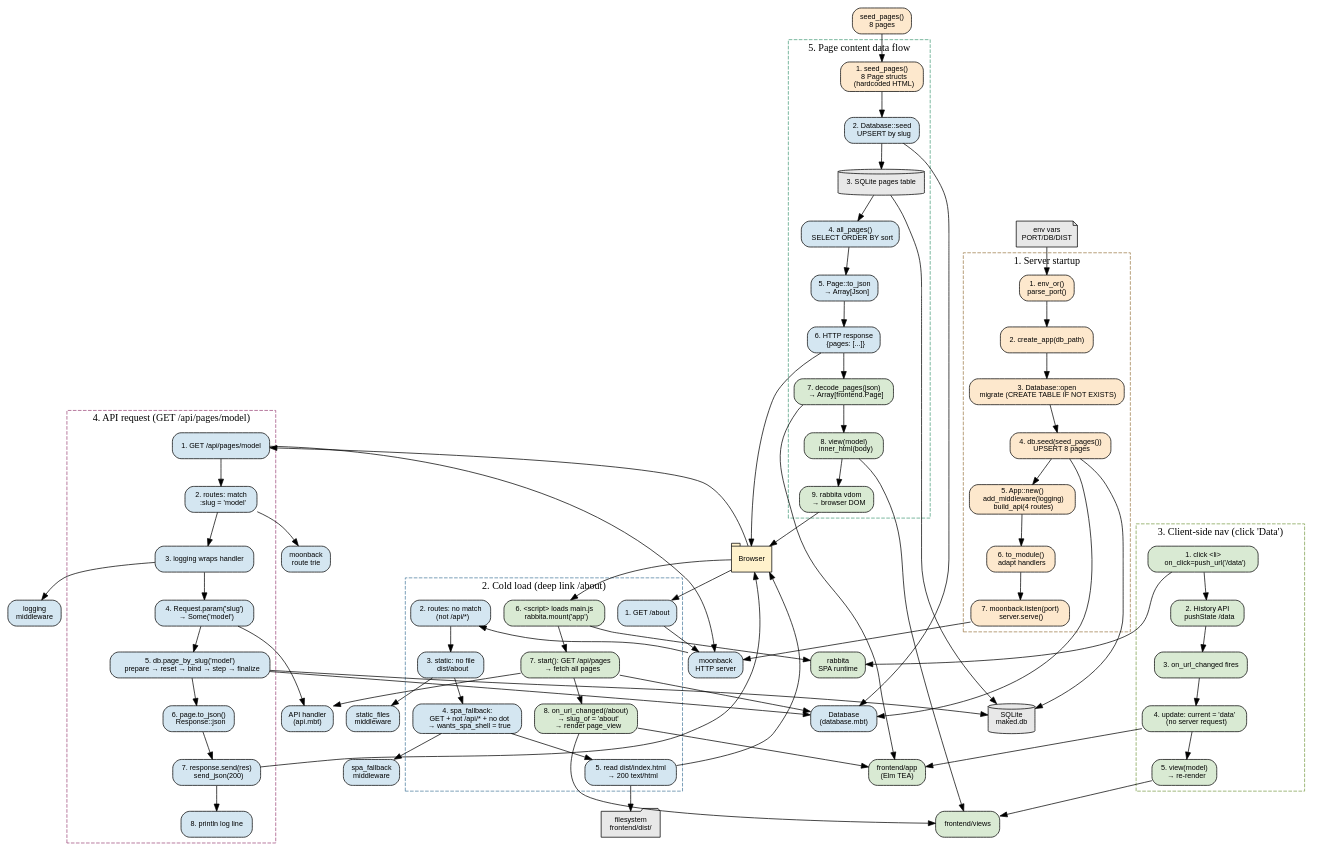
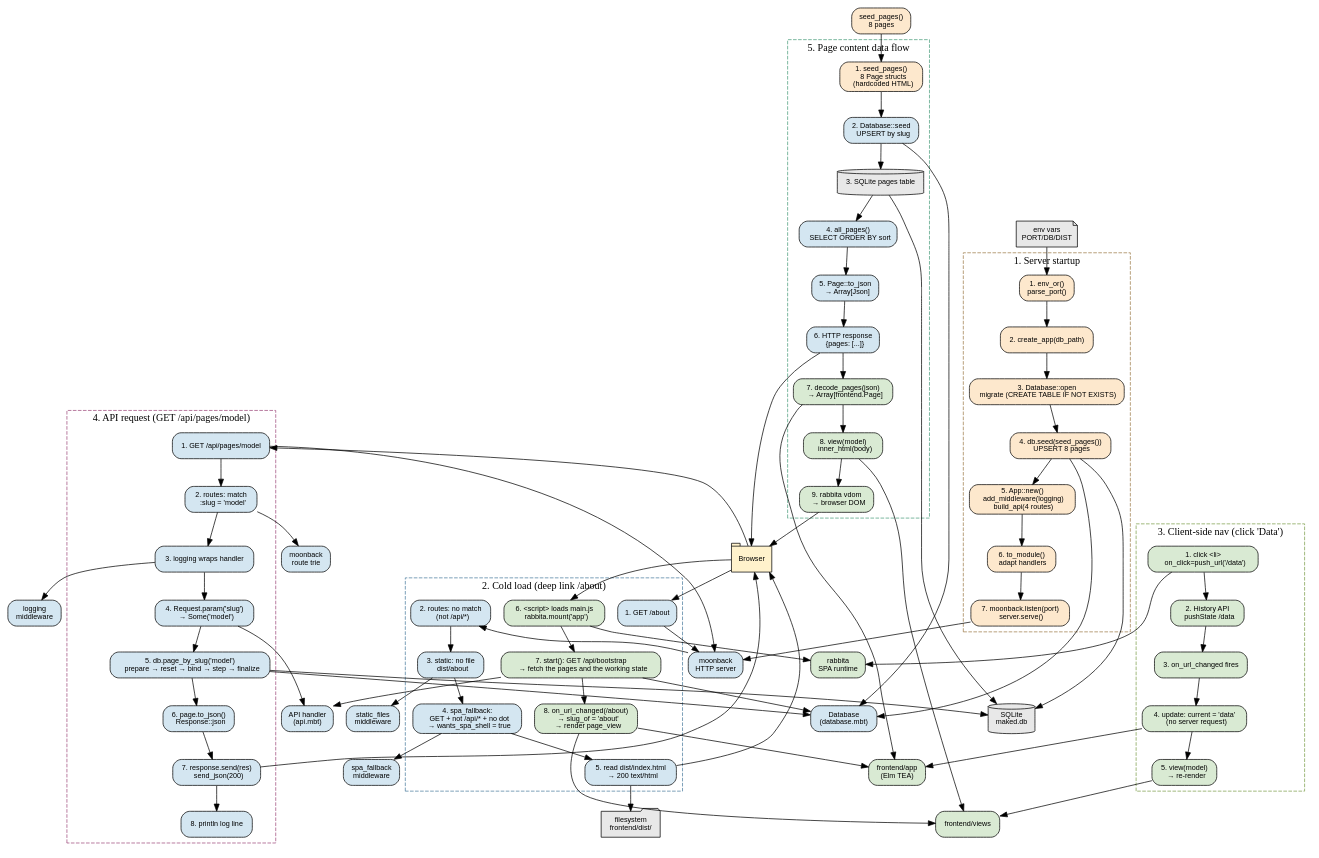
Before and after one commit to riantr/MAKED: the diagram in architecture/flows.dot, drawn with Graphviz. The commit also changed 16 other files, not shown here.

```diff
--- a/architecture/flows.dot
+++ b/architecture/flows.dot
@@ -1,176 +1,176 @@
 // MAKED Flow Graph &mdash; Graphviz DOT
 // Skill: flow-visualizer + graphviz
 //
 // Shows the five key flows: startup, cold load, client nav, API request,
 // and data flow. Each flow is a subgraph with numbered steps.
 // Render: dot -Tsvg flows.dot -o flows.svg
 
 digraph maked_flows {
   rankdir=TB
   node [shape=box, style="rounded,filled", fontname="Helvetica", fontsize=10]
   edge [fontname="Helvetica", fontsize=8]
 
   // --- Shared nodes ---
   browser [label="Browser", shape=tab, fillcolor="#fff2cc"]
   moonback [label="moonback\nHTTP server", fillcolor="#d4e6f1"]
   router [label="moonback\nroute trie", fillcolor="#d4e6f1"]
   logging [label="logging\nmiddleware", fillcolor="#d4e6f1"]
   spa_fb [label="spa_fallback\nmiddleware", fillcolor="#d4e6f1"]
   static_mw [label="static_files\nmiddleware", fillcolor="#d4e6f1"]
   api_handler [label="API handler\n(api.mbt)", fillcolor="#d4e6f1"]
   db [label="Database\n(database.mbt)", fillcolor="#d4e6f1"]
   sqlite [label="SQLite\nmaked.db", shape=cylinder, fillcolor="#e8e8e8"]
   fs [label="filesystem\nfrontend/dist/", shape=folder, fillcolor="#e8e8e8"]
   rabbita [label="rabbita\nSPA runtime", fillcolor="#d9ead3"]
   frontend_app [label="frontend/app\n(Elm TEA)", fillcolor="#d9ead3"]
   frontend_views [label="frontend/views", fillcolor="#d9ead3"]
   seed_data [label="seed_pages()\n8 pages", fillcolor="#fde8cd"]
   env [label="env vars\nPORT/DB/DIST", shape=note, fillcolor="#e8e8e8"]
 
   // ========== Flow 1: Server startup ==========
   subgraph cluster_startup {
     label="1. Server startup"
     style=dashed
     color="#9e7c4a"
 
     s1 [label="1. env_or()\nparse_port()", fillcolor="#fde8cd"]
     s2 [label="2. create_app(db_path)", fillcolor="#fde8cd"]
     s3 [label="3. Database::open\n  migrate (CREATE TABLE IF NOT EXISTS)", fillcolor="#fde8cd"]
     s4 [label="4. db.seed(seed_pages())\n  UPSERT 8 pages", fillcolor="#fde8cd"]
     s5 [label="5. App::new()\n  add_middleware(logging)\n  build_api(4 routes)", fillcolor="#fde8cd"]
     s6 [label="6. to_module()\n  adapt handlers", fillcolor="#fde8cd"]
     s7 [label="7. moonback.listen(port)\n  server.serve()", fillcolor="#fde8cd"]
   }
 
   env -> s1
   s1 -> s2
   s2 -> s3
   s3 -> s4
   s4 -> db
   s4 -> sqlite
   s4 -> s5
   s5 -> s6
   s6 -> s7
   s7 -> moonback
 
   // ========== Flow 2: Cold load (deep link) ==========
   subgraph cluster_cold {
     label="2. Cold load (deep link /about)"
     style=dashed
     color="#4a7c9e"
 
     c1 [label="1. GET /about", fillcolor="#d4e6f1"]
     c2 [label="2. routes: no match\n   (not /api/*)", fillcolor="#d4e6f1"]
     c3 [label="3. static: no file\n   dist/about", fillcolor="#d4e6f1"]
     c4 [label="4. spa_fallback:\n   GET + not /api/* + no dot\n   → wants_spa_shell = true", fillcolor="#d4e6f1"]
     c5 [label="5. read dist/index.html\n   → 200 text/html", fillcolor="#d4e6f1"]
     c6 [label="6. <script> loads main.js\n   rabbita.mount('app')", fillcolor="#d9ead3"]
-    c7 [label="7. start(): GET /api/pages\n   → fetch all pages", fillcolor="#d9ead3"]
+    c7 [label="7. start(): GET /api/bootstrap\n   → fetch the pages and the working state", fillcolor="#d9ead3"]
     c8 [label="8. on_url_changed(/about)\n   → slug_of = 'about'\n   → render page_view", fillcolor="#d9ead3"]
   }
 
   browser -> c1
   c1 -> moonback
   moonback -> c2
   c2 -> c3
   c3 -> static_mw
   c3 -> c4
   c4 -> spa_fb
   c4 -> c5
   c5 -> fs
   c5 -> browser
   browser -> c6
   c6 -> rabbita
   c6 -> c7
   c7 -> api_handler
   c7 -> db
   c7 -> c8
   c8 -> frontend_app
   c8 -> frontend_views
 
   // ========== Flow 3: Client-side navigation ==========
   subgraph cluster_nav {
     label="3. Client-side nav (click 'Data')"
     style=dashed
     color="#7c9e4a"
 
     n1 [label="1. click <li>\n   on_click=push_url('/data')", fillcolor="#d9ead3"]
     n2 [label="2. History API\n   pushState /data", fillcolor="#d9ead3"]
     n3 [label="3. on_url_changed fires", fillcolor="#d9ead3"]
     n4 [label="4. update: current = 'data'\n   (no server request)", fillcolor="#d9ead3"]
     n5 [label="5. view(model)\n   → re-render", fillcolor="#d9ead3"]
   }
 
   n1 -> rabbita
   n1 -> n2
   n2 -> n3
   n3 -> n4
   n4 -> frontend_app
   n4 -> n5
   n5 -> frontend_views
 
   // ========== Flow 4: API request ==========
   subgraph cluster_api {
     label="4. API request (GET /api/pages/model)"
     style=dashed
     color="#9e4a7c"
 
     a1 [label="1. GET /api/pages/model", fillcolor="#d4e6f1"]
     a2 [label="2. routes: match\n   :slug = 'model'", fillcolor="#d4e6f1"]
     a3 [label="3. logging wraps handler", fillcolor="#d4e6f1"]
     a4 [label="4. Request.param('slug')\n   → Some('model')", fillcolor="#d4e6f1"]
     a5 [label="5. db.page_by_slug('model')\n   prepare → reset → bind → step → finalize", fillcolor="#d4e6f1"]
     a6 [label="6. page.to_json()\n   Response::json", fillcolor="#d4e6f1"]
     a7 [label="7. response.send(res)\n   send_json(200)", fillcolor="#d4e6f1"]
     a8 [label="8. println log line", fillcolor="#d4e6f1"]
   }
 
   browser -> a1
   a1 -> moonback
   a1 -> a2
   a2 -> router
   a2 -> a3
   a3 -> logging
   a3 -> a4
   a4 -> api_handler
   a4 -> a5
   a5 -> db
   a5 -> sqlite
   a5 -> a6
   a6 -> a7
   a7 -> browser
   a7 -> a8
 
   // ========== Flow 5: Data flow ==========
   subgraph cluster_data {
     label="5. Page content data flow"
     style=dashed
     color="#4a9e7c"
 
     d1 [label="1. seed_pages()\n   8 Page structs\n   (hardcoded HTML)", fillcolor="#fde8cd"]
     d2 [label="2. Database::seed\n   UPSERT by slug", fillcolor="#d4e6f1"]
     d3 [label="3. SQLite pages table", shape=cylinder, fillcolor="#e8e8e8"]
     d4 [label="4. all_pages()\n   SELECT ORDER BY sort", fillcolor="#d4e6f1"]
     d5 [label="5. Page::to_json\n   → Array[Json]", fillcolor="#d4e6f1"]
     d6 [label="6. HTTP response\n   {pages: [...]}", fillcolor="#d4e6f1"]
     d7 [label="7. decode_pages(json)\n   → Array[frontend.Page]", fillcolor="#d9ead3"]
     d8 [label="8. view(model)\n   inner_html(body)", fillcolor="#d9ead3"]
     d9 [label="9. rabbita vdom\n   → browser DOM", fillcolor="#d9ead3"]
   }
 
   seed_data -> d1
   d1 -> d2
   d2 -> db
   d2 -> d3
   d3 -> sqlite
   d3 -> d4
   d4 -> d5
   d5 -> d6
   d6 -> browser
   d6 -> d7
   d7 -> frontend_app
   d7 -> d8
   d8 -> frontend_views
   d8 -> d9
   d9 -> browser
 }
```
